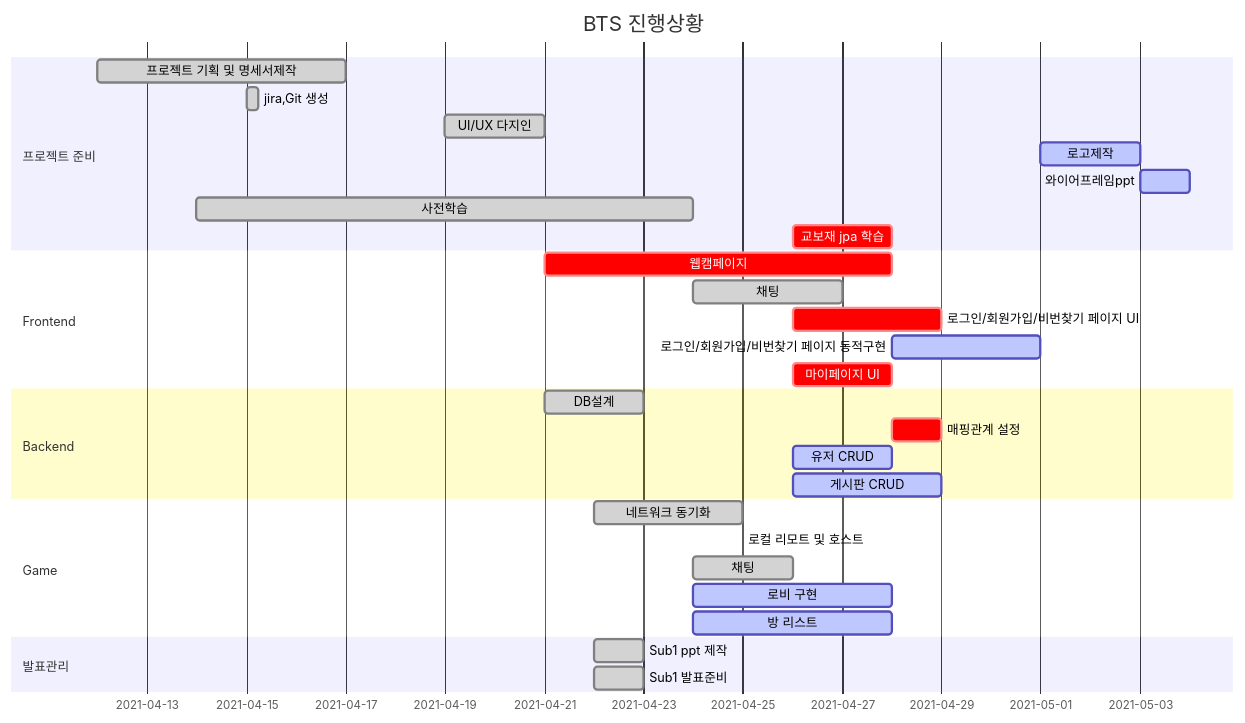
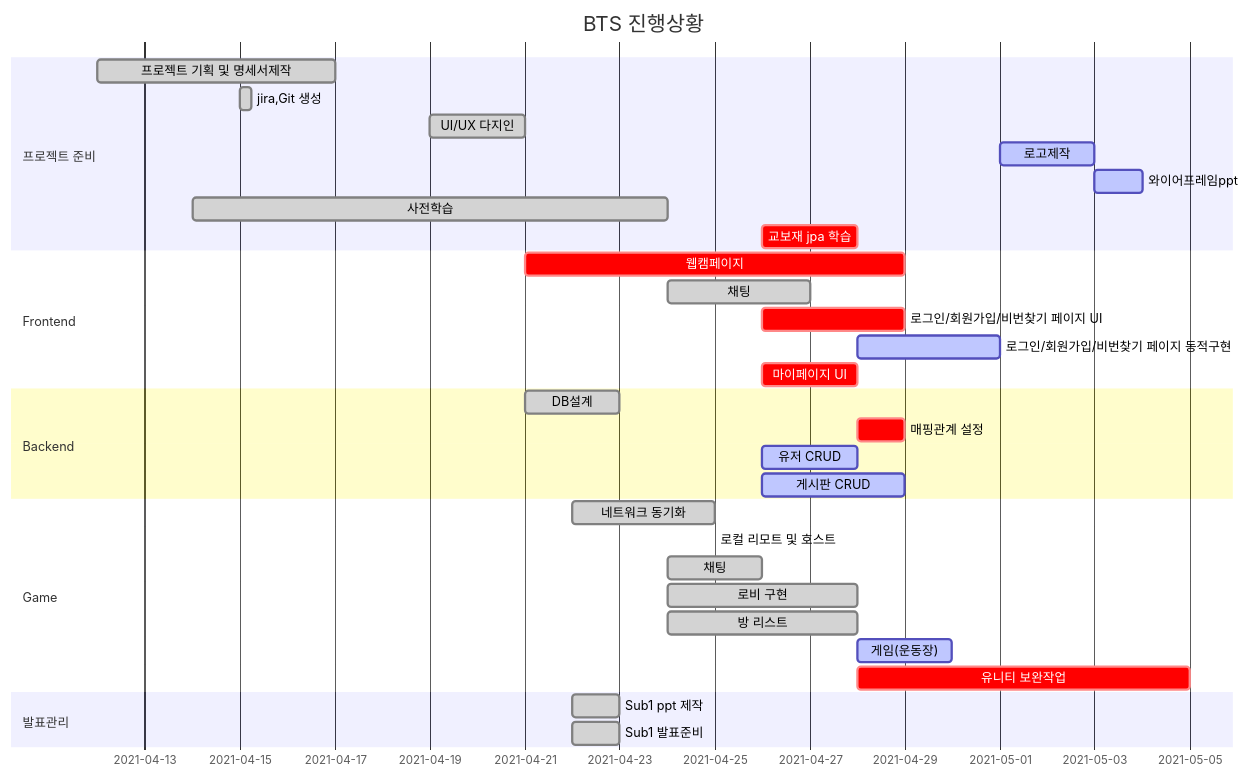
Before and after one commit to Luminousjiny/PJT_BTS: the diagram in README.md, drawn with Mermaid. The commit also changed 10 other files, not shown here.

````diff
--- a/README.md
+++ b/README.md
@@ -50,37 +50,39 @@
 ```mermaid
 gantt
     title BTS 진행상황
     dateFormat  YYYY-MM-DD
     section 프로젝트 준비
     프로젝트 기획 및 명세서제작 : done, 2021-04-12, 5d
     jira,Git 생성  :done, 2021-04-15, 6h
     UI/UX 다지인  : done,   2021-04-19, 2d
     로고제작 : active, 2021-05-01, 2d
     와이어프레임ppt : active, 2021-05-03, 1d
     사전학습  : done, 2021-04-14, 10d
     교보재 jpa 학습 : crit, 2021-04-26, 2d
 
     section Frontend
-    웹캠페이지 : crit, 2021-04-21, 7d
+    웹캠페이지 : crit, 2021-04-21, 8d
     채팅 : done, 2021-04-24, 3d
     로그인/회원가입/비번찾기 페이지 UI : crit, 2021-04-26, 3d
     로그인/회원가입/비번찾기 페이지 동적구현 : active, 2021-04-28, 3d
     마이페이지 UI : crit, 2021-04-26, 2d
     
     section Backend
     DB설계 : done, 2021-04-21, 2d
     매핑관계 설정 : crit, 2021-04-28, 1d
     유저 CRUD : active, 2021-04-26, 2d
     게시판 CRUD : active, 2021-04-26, 3d
     
     section Game
 	네트워크 동기화 : done, 2021-04-22, 3d
 	로컬 리모트 및 호스트 : done, 2021-04-23 1d
 	채팅 : done, 2021-04-24, 2d
-	로비 구현 : active, 2021-04-24, 4d
-    방 리스트 : active, 2021-04-24, 4d
+	로비 구현 : done, 2021-04-24, 4d
+    방 리스트 : done, 2021-04-24, 4d
+    게임(운동장) : active, 2021-04-28,2d
+    유니티 보완작업 : crit, 2021-04-28, 7d
     
     section 발표관리
     Sub1 ppt 제작 : done, 2021-04-22, 1d
     Sub1 발표준비 : done, 2021-04-22, 1d
 ```
````
